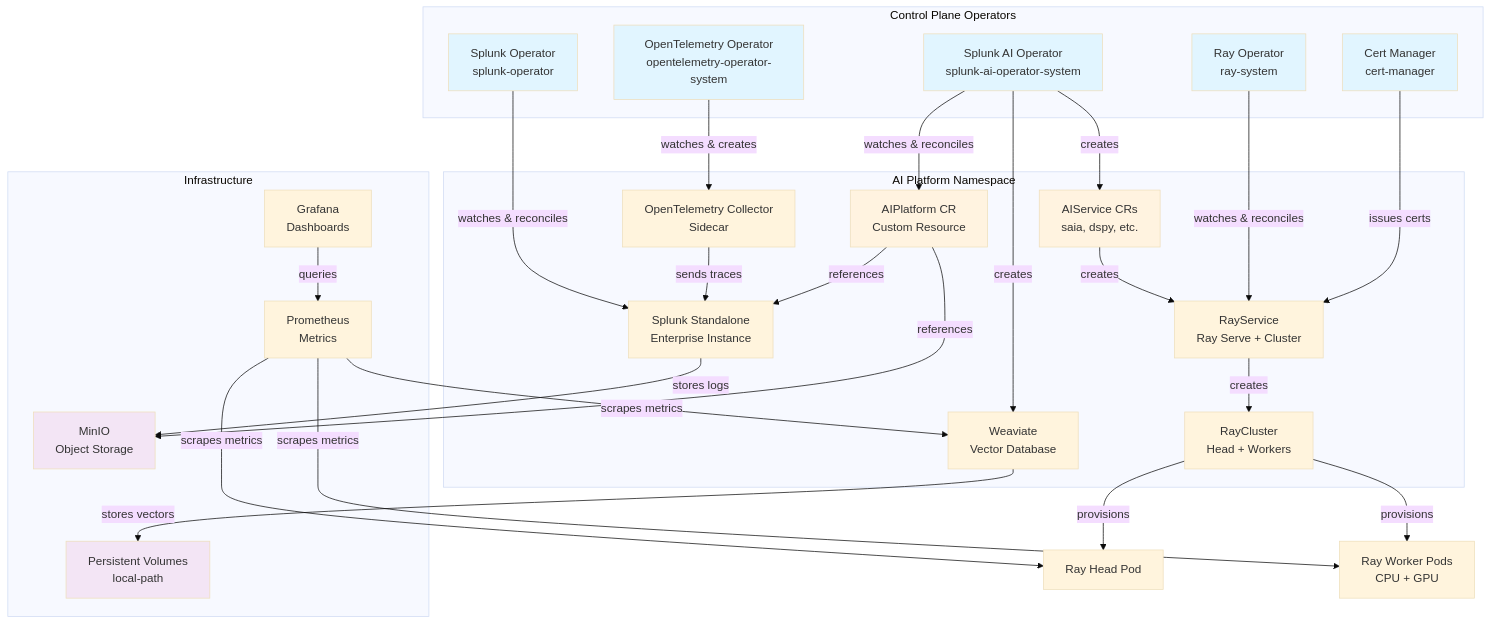
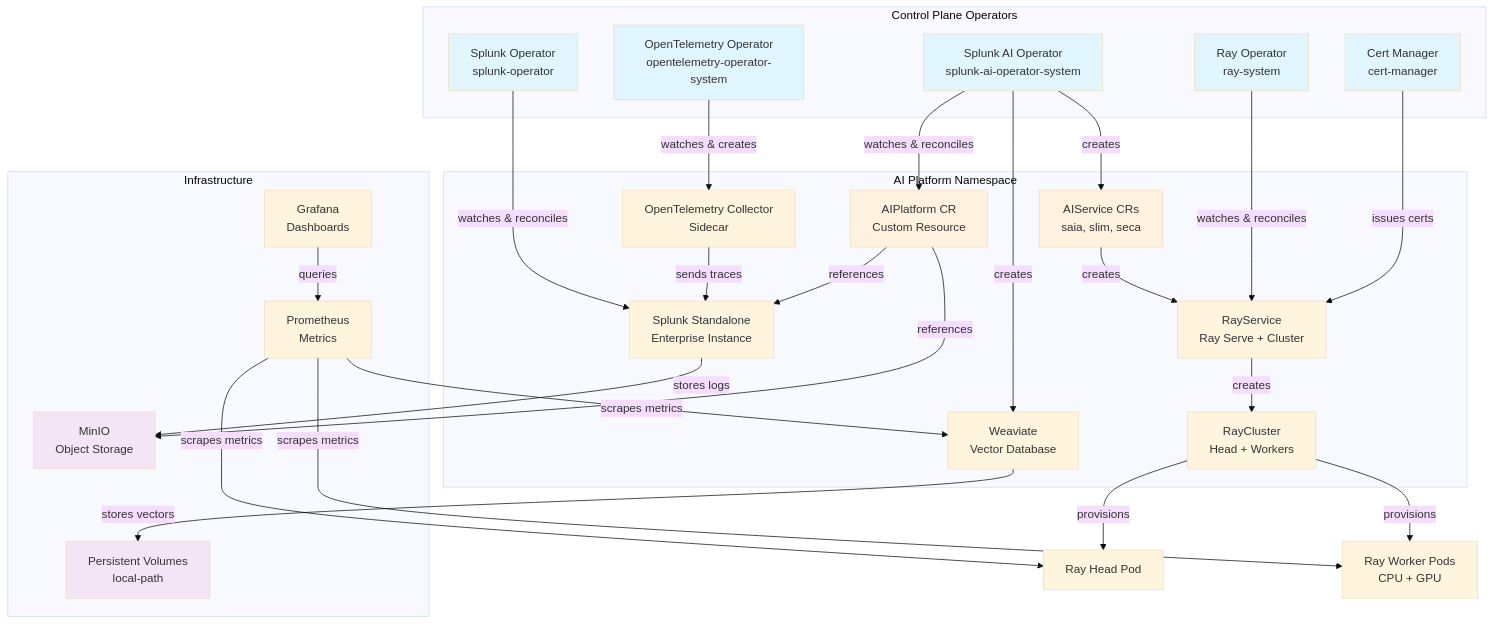
One commit to splunk/splunk-ai-operator changed the first of 3 diagrams in tools/cluster_setup/K0S_README.md. Above: the diagram before and after it, drawn with Mermaid (base theme). The commit also changed other lines of this file and 35 other files, not shown here.

````diff
--- a/tools/cluster_setup/K0S_README.md
+++ b/tools/cluster_setup/K0S_README.md
@@ -1009,63 +1201,63 @@
 ```mermaid
 graph TB
     subgraph "Control Plane Operators"
         AIOP[Splunk AI Operator<br/>splunk-ai-operator-system]
         SPLOP[Splunk Operator<br/>splunk-operator]
         RAYOP[Ray Operator<br/>ray-system]
         CERTMGR[Cert Manager<br/>cert-manager]
         OTELOP[OpenTelemetry Operator<br/>opentelemetry-operator-system]
     end
 
     subgraph "AI Platform Namespace"
         AIPLATFORM[AIPlatform CR<br/>Custom Resource]
-        AISERVICE[AIService CRs<br/>saia, dspy, etc.]
+        AISERVICE[AIService CRs<br/>saia, slim, seca]
         RAYSERVICE[RayService<br/>Ray Serve + Cluster]
         RAYCLUSTER[RayCluster<br/>Head + Workers]
         WEAVIATE[Weaviate<br/>Vector Database]
         SPLUNK[Splunk Standalone<br/>Enterprise Instance]
         OTELCOL[OpenTelemetry Collector<br/>Sidecar]
     end
 
     subgraph "Infrastructure"
         MINIO[MinIO<br/>Object Storage]
         PROMETHEUS[Prometheus<br/>Metrics]
         GRAFANA[Grafana<br/>Dashboards]
         STORAGE[Persistent Volumes<br/>local-path]
     end
 
     AIOP -->|watches & reconciles| AIPLATFORM
     AIOP -->|creates| AISERVICE
     AIOP -->|creates| WEAVIATE
     AISERVICE -->|creates| RAYSERVICE
     RAYOP -->|watches & reconciles| RAYSERVICE
     RAYSERVICE -->|creates| RAYCLUSTER
     RAYCLUSTER -->|provisions| RAYHEAD[Ray Head Pod]
     RAYCLUSTER -->|provisions| RAYWORKER[Ray Worker Pods<br/>CPU + GPU]
 
     SPLOP -->|watches & reconciles| SPLUNK
     SPLUNK -->|stores logs| MINIO
 
     CERTMGR -->|issues certs| RAYSERVICE
 
     OTELOP -->|watches & creates| OTELCOL
     OTELCOL -->|sends traces| SPLUNK
 
     AIPLATFORM -->|references| MINIO
     AIPLATFORM -->|references| SPLUNK
     WEAVIATE -->|stores vectors| STORAGE
 
     PROMETHEUS -->|scrapes metrics| RAYHEAD
     PROMETHEUS -->|scrapes metrics| RAYWORKER
     PROMETHEUS -->|scrapes metrics| WEAVIATE
     GRAFANA -->|queries| PROMETHEUS
 
     style AIOP fill:#e1f5ff
     style SPLOP fill:#e1f5ff
     style RAYOP fill:#e1f5ff
     style CERTMGR fill:#e1f5ff
     style OTELOP fill:#e1f5ff
     style AIPLATFORM fill:#fff3e0
     style AISERVICE fill:#fff3e0
     style MINIO fill:#f3e5f5
     style STORAGE fill:#f3e5f5
 ```
````
